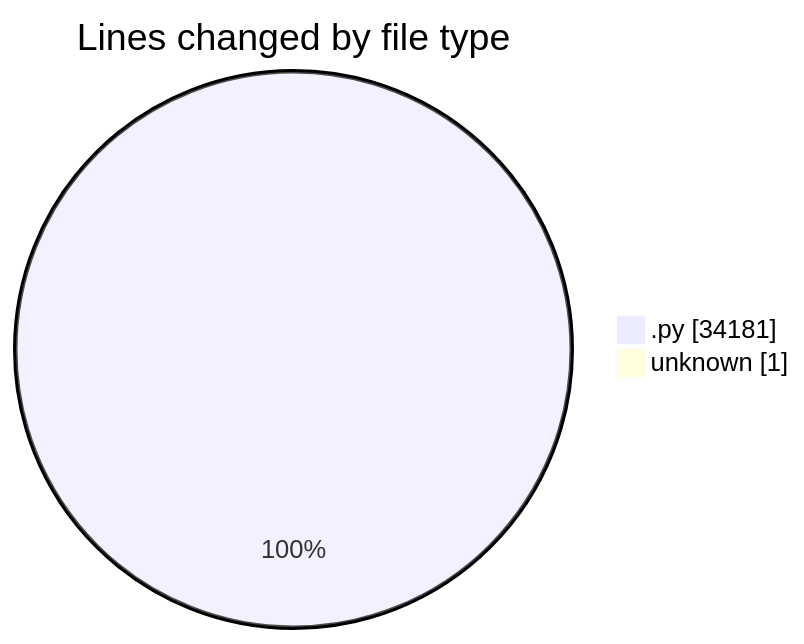
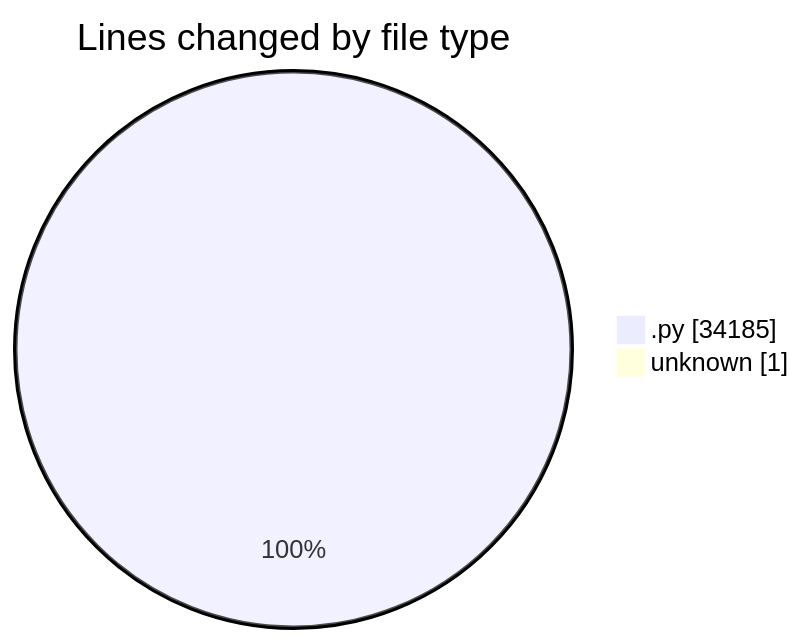
Before and after one commit to julien-gomy/code-tracking: the first of 2 diagrams in 2025-11-22/eventscop-api-guide__workspace_/README.md, drawn with Mermaid. The commit also changed other lines of this file and 1 other file, not shown here.

````diff
--- a/2025-11-22/eventscop-api-guide__workspace_/README.md
+++ b/2025-11-22/eventscop-api-guide__workspace_/README.md
@@ -33,6 +33,6 @@
 ```mermaid
 pie showData
 title Lines changed by file type
-".py" : 34181
+".py" : 34185
 "unknown" : 1
 ```
````
